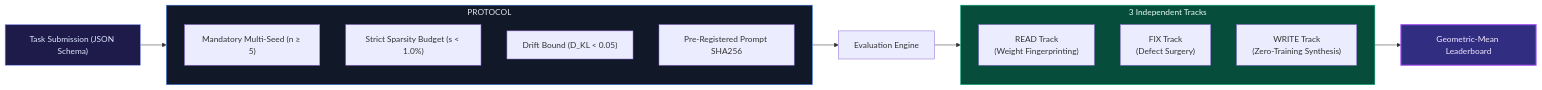
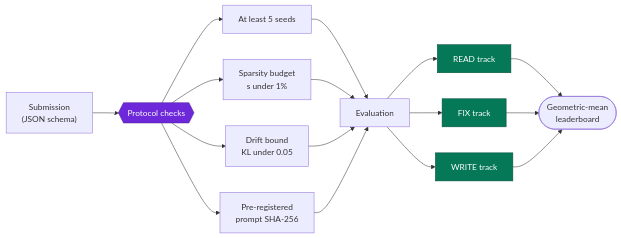
Before and after one commit to Hunterdii/weight-space-programming-explained: the fifth of 7 diagrams in README.md, drawn with Mermaid. The commit also changed other lines of this file and 18 other files, not shown here.

````diff
--- a/README.md
+++ b/README.md
@@ -481,27 +555,18 @@
 ```mermaid
 flowchart LR
-    TASK["Task Submission (JSON Schema)"] --> PROTOCOL{"WSP-Bench-Lite Protocol"}
+    S["Submission<br/>(JSON schema)"] --> P{{"Protocol checks"}}
+    P --> M1["At least 5 seeds"]
+    P --> M2["Sparsity budget<br/>s under 1%"]
+    P --> M3["Drift bound<br/>KL under 0.05"]
+    P --> M4["Pre-registered<br/>prompt SHA-256"]
+    M1 & M2 & M3 & M4 --> E["Evaluation"]
+    E --> TR["READ track"]
+    E --> TF["FIX track"]
+    E --> TW["WRITE track"]
+    TR & TF & TW --> B(["Geometric-mean<br/>leaderboard"])
 
-    subgraph PROTOCOL
-        M1["Mandatory Multi-Seed (n ≥ 5)"]
-        M2["Strict Sparsity Budget (s < 1.0%)"]
-        M3["Drift Bound (D_KL < 0.05)"]
-        M4["Pre-Registered Prompt SHA256"]
-    end
-
-    PROTOCOL --> EVAL["Evaluation Engine"]
-
-    subgraph TRACKS["3 Independent Tracks"]
-        T1["READ Track<br>(Weight Fingerprinting)"]
-        T2["FIX Track<br>(Defect Surgery)"]
-        T3["WRITE Track<br>(Zero-Training Synthesis)"]
-    end
-
-    EVAL --> TRACKS
-    TRACKS --> BOARD["Geometric-Mean Leaderboard"]
-
-    style TASK fill:#1e1b4b,stroke:#818cf8,stroke-width:1px,color:#e0e7ff
-    style PROTOCOL fill:#111827,stroke:#3b82f6,stroke-width:1px,color:#e2e8f0
-    style TRACKS fill:#064e3b,stroke:#10b981,stroke-width:1px,color:#ecfdf5
-    style BOARD fill:#312e81,stroke:#a855f7,stroke-width:2px,color:#f3e8ff
+    classDef gate fill:#6d28d9,stroke:#4c1d95,color:#fff
+    classDef track fill:#047857,stroke:#064e3b,color:#fff
+    class P gate
+    class TR,TF,TW track
 ```
````
